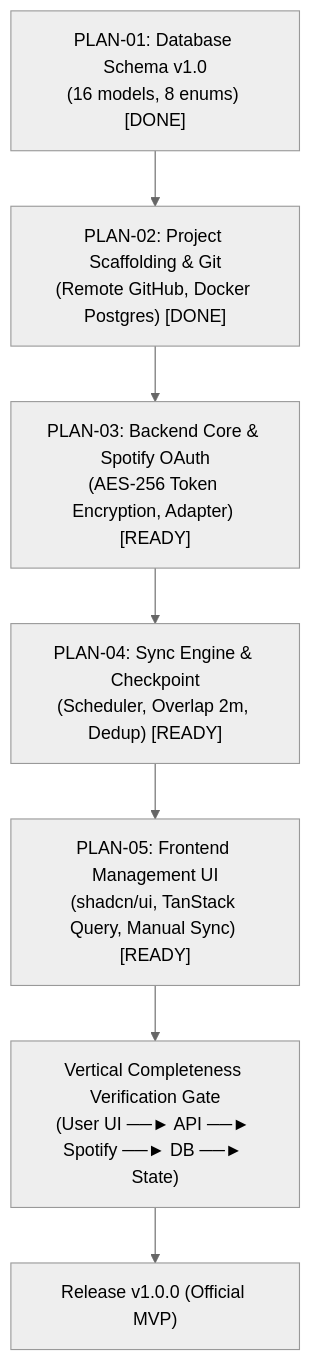
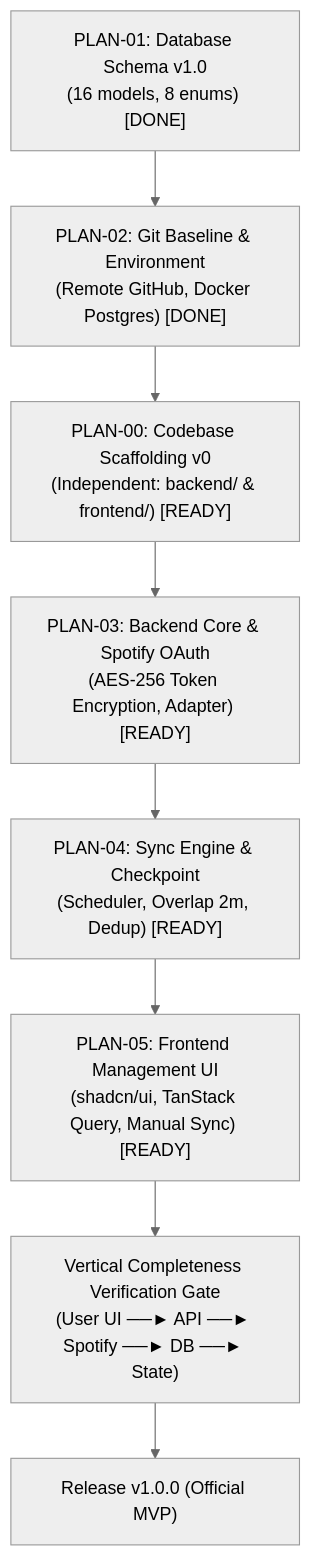
The diagram in docs/specs/tasks/MUSIC_TRACKER_MVP/task-plan.md (minhcamon/Music-Tracking), drawn with Mermaid (neutral theme) before and after one commit. The commit also changed other lines of this file and 13 other files, not shown here.

Commit message:
docs(plan): add PLAN-00 codebase scaffolding v0 for independent backend and frontend

````diff
--- a/docs/specs/tasks/MUSIC_TRACKER_MVP/task-plan.md
+++ b/docs/specs/tasks/MUSIC_TRACKER_MVP/task-plan.md
@@ -23,9 +24,10 @@
 ```mermaid
 flowchart TD
-    P1["PLAN-01: Database Schema v1.0\n(16 models, 8 enums) [DONE]"] --> P2["PLAN-02: Project Scaffolding & Git\n(Remote GitHub, Docker Postgres) [DONE]"]
-    P2 --> P3["PLAN-03: Backend Core & Spotify OAuth\n(AES-256 Token Encryption, Adapter) [READY]"]
+    P1["PLAN-01: Database Schema v1.0\n(16 models, 8 enums) [DONE]"] --> P2["PLAN-02: Git Baseline & Environment\n(Remote GitHub, Docker Postgres) [DONE]"]
+    P2 --> P0["PLAN-00: Codebase Scaffolding v0\n(Independent: backend/ & frontend/) [READY]"]
+    P0 --> P3["PLAN-03: Backend Core & Spotify OAuth\n(AES-256 Token Encryption, Adapter) [READY]"]
     P3 --> P4["PLAN-04: Sync Engine & Checkpoint\n(Scheduler, Overlap 2m, Dedup) [READY]"]
     P4 --> P5["PLAN-05: Frontend Management UI\n(shadcn/ui, TanStack Query, Manual Sync) [READY]"]
     P5 --> VERIF["Vertical Completeness Verification Gate\n(User UI ──► API ──► Spotify ──► DB ──► State)"]
     VERIF --> REL["Release v1.0.0 (Official MVP)"]
 ```
````
